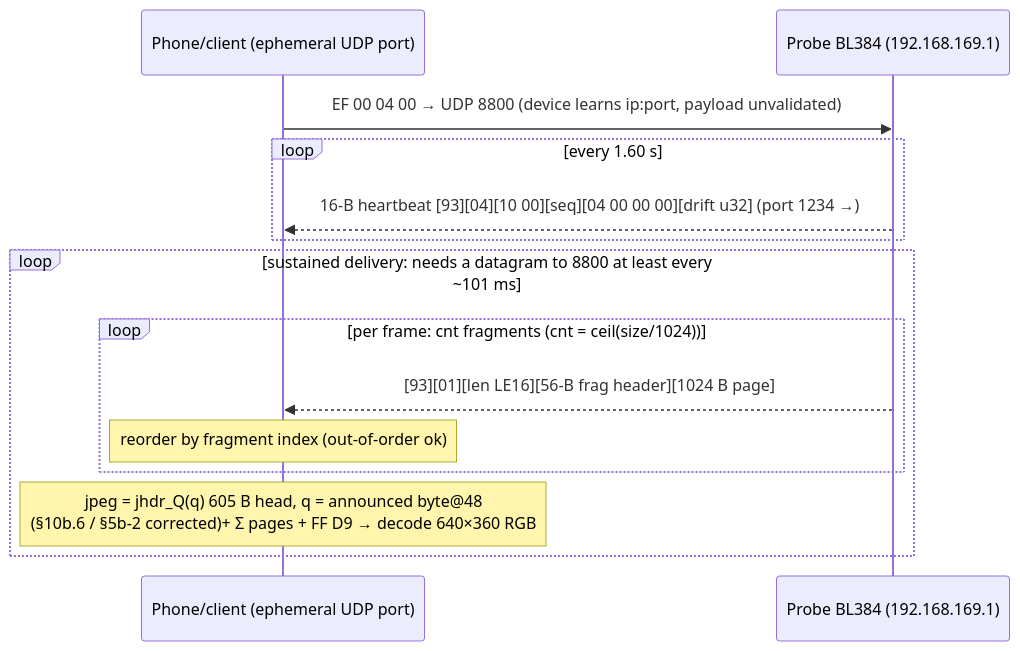
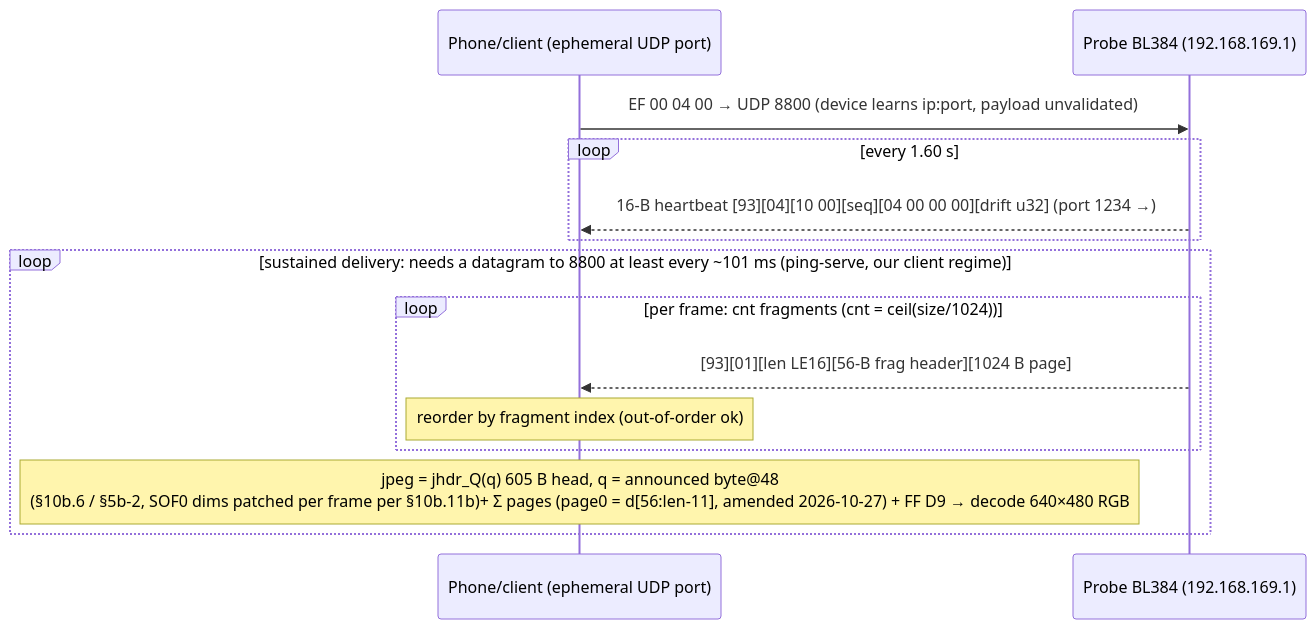
Before and after one commit to hoedur/SL_ylz_reveng: the third of 5 diagrams in analysis/02-component-map.md, drawn with Mermaid. The commit also changed other lines of this file and 39 other files, not shown here.

````diff
--- a/analysis/02-component-map.md
+++ b/analysis/02-component-map.md
@@ -98,17 +98,17 @@
 ```mermaid
 sequenceDiagram
     participant P as Phone/client (ephemeral UDP port)
     participant D as Probe BL384 (192.168.169.1)
 
     P->>D: EF 00 04 00 → UDP 8800 (device learns ip:port, payload unvalidated)
     loop every 1.60 s
         D-->>P: 16-B heartbeat [93][04][10 00][seq][04 00 00 00][drift u32] (port 1234 →)
     end
-    loop sustained delivery: needs a datagram to 8800 at least every ~101 ms
+    loop sustained delivery: needs a datagram to 8800 at least every ~101 ms (ping-serve, our client regime)
         loop per frame: cnt fragments (cnt = ceil(size/1024))
             D-->>P: [93][01][len LE16][56-B frag header][1024 B page]
             Note over P: reorder by fragment index (out-of-order ok)
         end
-        Note over P: jpeg = jhdr_Q(q) 605 B head, q = announced byte@48<br/>(§10b.6 / §5b-2 corrected)+ Σ pages + FF D9 → decode 640×360 RGB
+        Note over P: jpeg = jhdr_Q(q) 605 B head, q = announced byte@48<br/>(§10b.6 / §5b-2, SOF0 dims patched per frame per §10b.11b)+ Σ pages (page0 = d[56:len-11], amended 2026-10-27) + FF D9 → decode 640×480 RGB
     end
 ```
````
